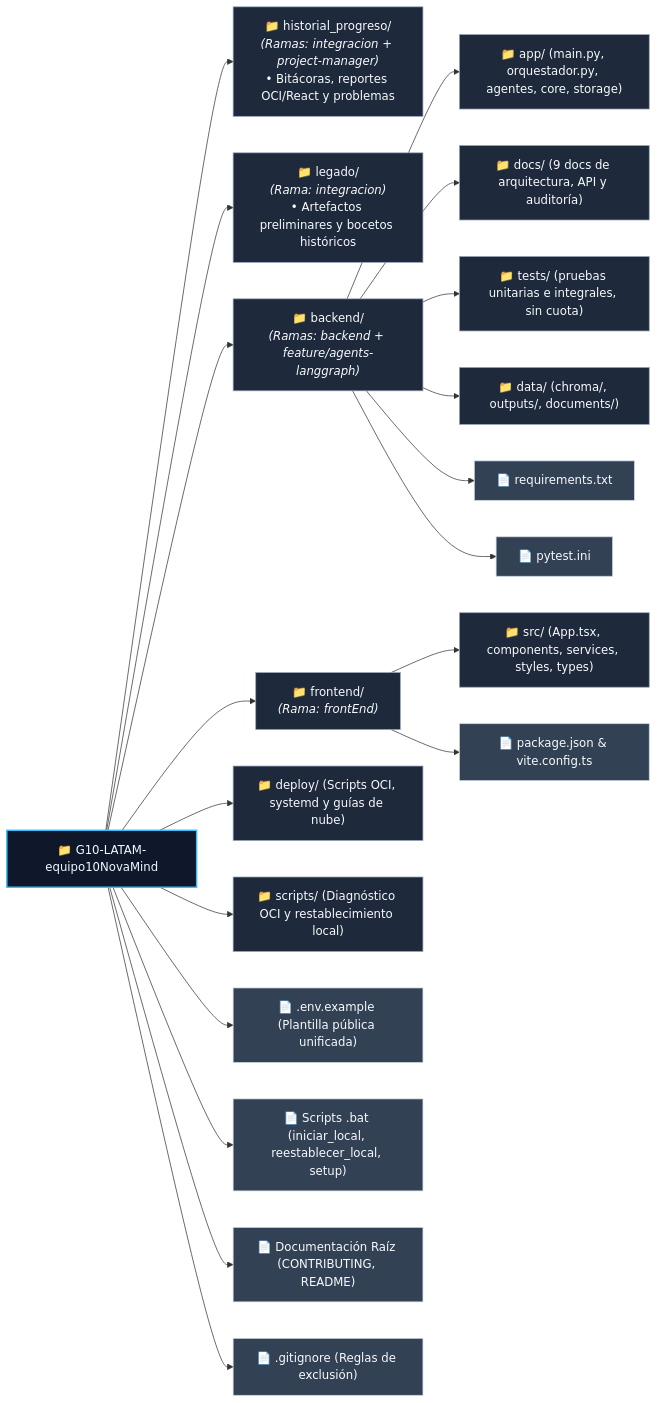
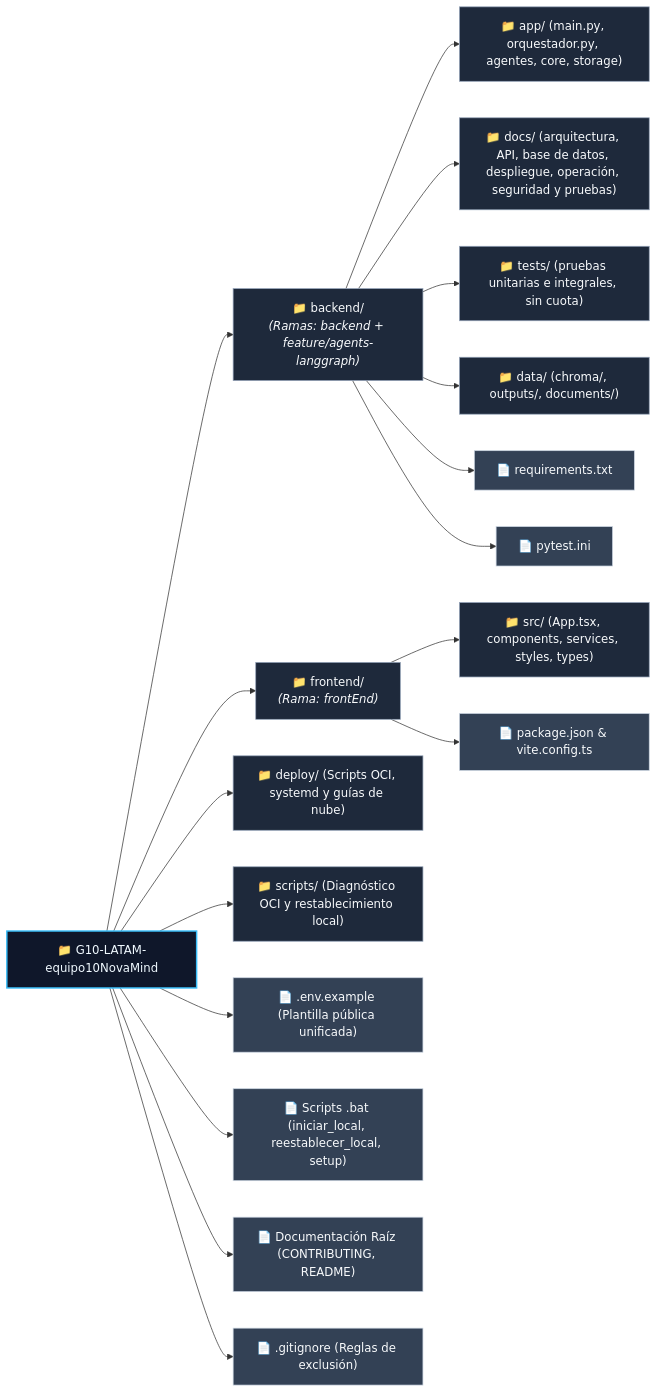
Before and after one commit to No-Country-simulation/G10-LATAM-equipo10NovaMind: the third of 5 diagrams in README.md, drawn with Mermaid. The commit also changed other lines of this file and 26 other files, not shown here.

Commit message:
chore(repo): bitacoras, legado, CHANGELOG y PROJECT_AUDIT solo en local (gitignore) y enlaces corregidos

````diff
--- a/README.md
+++ b/README.md
@@ -224,37 +224,33 @@
 ```mermaid
 graph LR
     %% Estilos
     classDef root fill:#0f172a,stroke:#38bdf8,stroke-width:2px,color:#f0f9ff;
     classDef dir fill:#1e293b,stroke:#94a3b8,stroke-width:1px,color:#f8fafc;
     classDef file fill:#334155,stroke:#cbd5e1,stroke-width:1px,color:#f8fafc;
 
     ROOT["📁 G10-LATAM-equipo10NovaMind"]:::root
 
-    %% HISTORIAL Y LEGADO
-    ROOT --> HP_DIR["📁 historial_progreso/<br/><i>(Ramas: integracion + project-manager)</i><br/>• Bitácoras, reportes OCI/React y problemas"]:::dir
-    ROOT --> LEG_DIR["📁 legado/<br/><i>(Rama: integracion)</i><br/>• Artefactos preliminares y bocetos históricos"]:::dir
-
     %% BACKEND
     ROOT --> B_DIR["📁 backend/<br/><i>(Ramas: backend + feature/agents-langgraph)</i>"]:::dir
     B_DIR --> B_APP["📁 app/ (main.py, orquestador.py, agentes, core, storage)"]:::dir
-    B_DIR --> B_DOCS["📁 docs/ (9 docs de arquitectura, API y auditoría)"]:::dir
+    B_DIR --> B_DOCS["📁 docs/ (arquitectura, API, base de datos, despliegue, operación, seguridad y pruebas)"]:::dir
     B_DIR --> B_TESTS["📁 tests/ (pruebas unitarias e integrales, sin cuota)"]:::dir
     B_DIR --> B_DATA["📁 data/ (chroma/, outputs/, documents/)"]:::dir
     B_DIR --> B_REQ["📄 requirements.txt"]:::file
     B_DIR --> B_INI["📄 pytest.ini"]:::file
 
     %% FRONTEND
     ROOT --> F_DIR["📁 frontend/<br/><i>(Rama: frontEnd)</i>"]:::dir
     F_DIR --> F_SRC["📁 src/ (App.tsx, components, services, styles, types)"]:::dir
     F_DIR --> F_PKG["📄 package.json & vite.config.ts"]:::file
 
     %% DEPLOY & SCRIPTS
     ROOT --> D_DIR["📁 deploy/ (Scripts OCI, systemd y guías de nube)"]:::dir
     ROOT --> S_DIR["📁 scripts/ (Diagnóstico OCI y restablecimiento local)"]:::dir
 
     %% RAÍZ
     ROOT --> R_ENV["📄 .env.example (Plantilla pública unificada)"]:::file
     ROOT --> R_BAT["📄 Scripts .bat (iniciar_local, reestablecer_local, setup)"]:::file
     ROOT --> R_DOC["📄 Documentación Raíz (CONTRIBUTING, README)"]:::file
     ROOT --> R_GIT["📄 .gitignore (Reglas de exclusión)"]:::file
 ```
````
